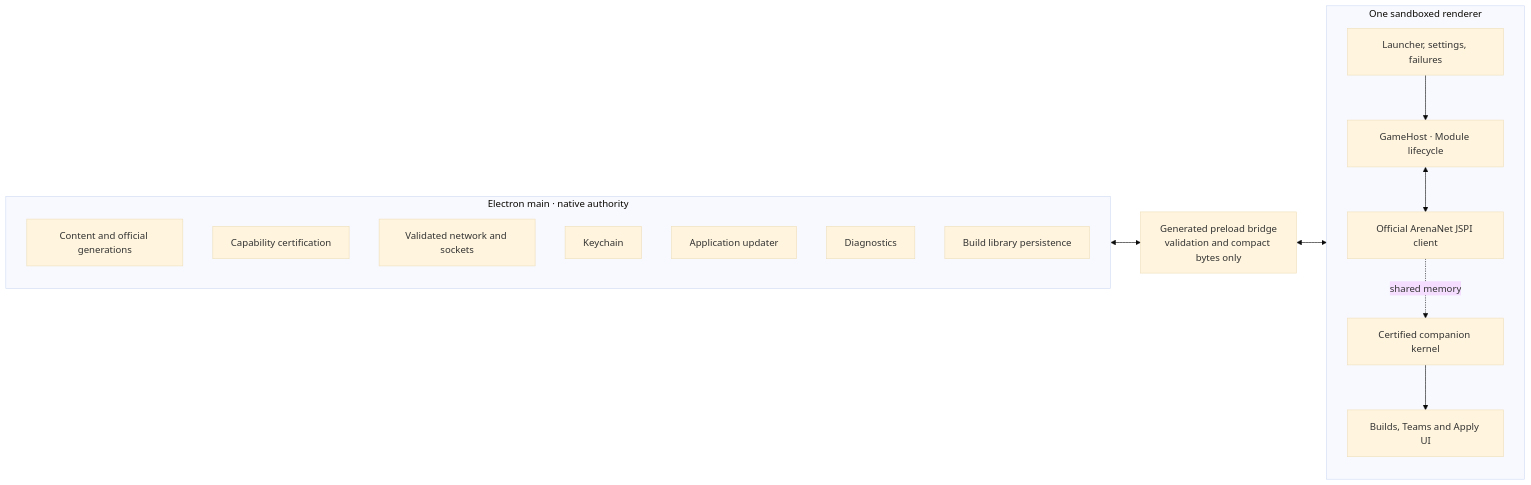
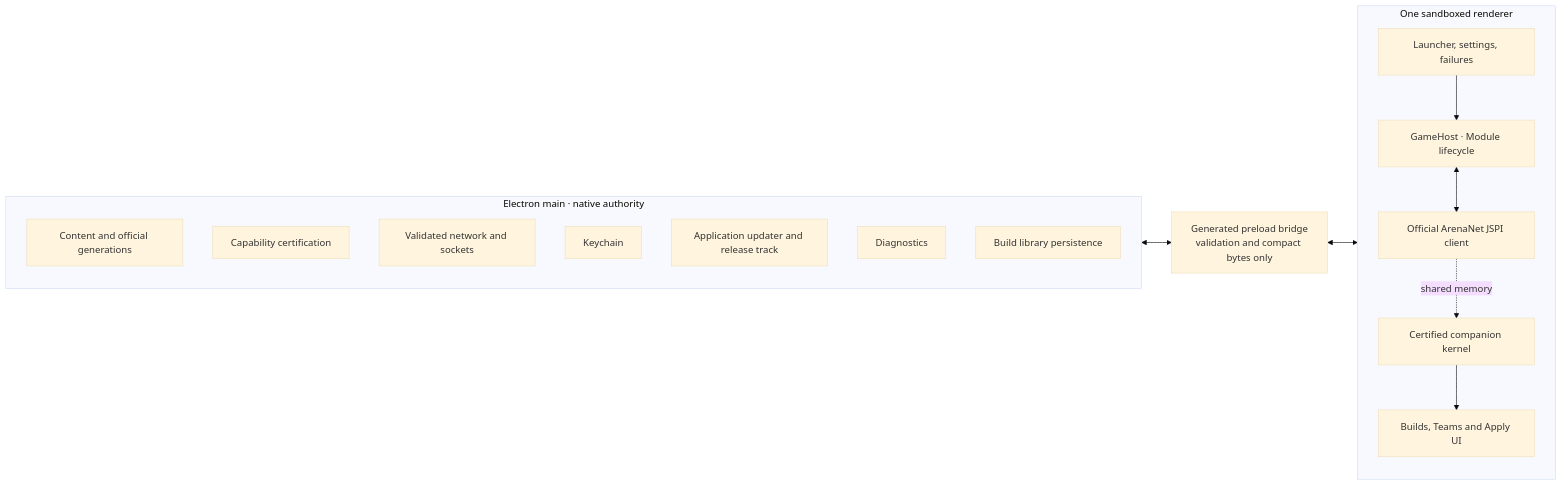
One commit to Mat4m0/gwonmac changed the first of 2 diagrams in plans/full-refactor-optimization.md. Above: the diagram before and after it, drawn with Mermaid (base theme). The commit also changed other lines of this file, not shown here.

Commit message:
feat(plans): update refactor and optimization plan with public beta track and rollback safety

````diff
--- a/plans/full-refactor-optimization.md
+++ b/plans/full-refactor-optimization.md
@@ -120,29 +177,29 @@
 ```mermaid
 flowchart LR
     subgraph Main["Electron main · native authority"]
         Content["Content and official generations"]
         Cert["Capability certification"]
         Network["Validated network and sockets"]
         Secrets["Keychain"]
-        Updates["Application updater"]
+        Updates["Application updater and release track"]
         Diag["Diagnostics"]
         Builds["Build library persistence"]
     end
 
     Bridge["Generated preload bridge\nvalidation and compact bytes only"]
 
     subgraph Renderer["One sandboxed renderer"]
         Shell["Launcher, settings, failures"]
         GameHost["GameHost · Module lifecycle"]
         Game["Official ArenaNet JSPI client"]
         Companion["Certified companion kernel"]
         Tools["Builds, Teams and Apply UI"]
         Shell --> GameHost
         GameHost <--> Game
         Game -. "shared memory" .-> Companion
         Companion --> Tools
     end
 
     Main <--> Bridge
     Bridge <--> Renderer
 ```
````
